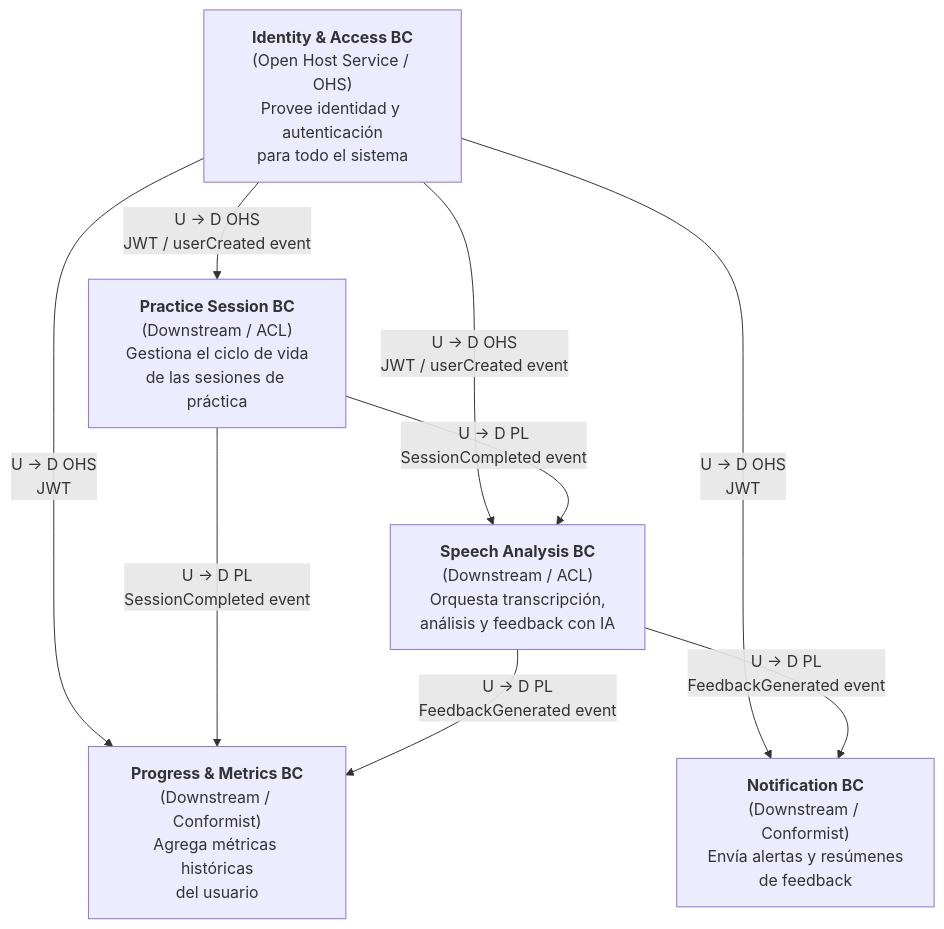
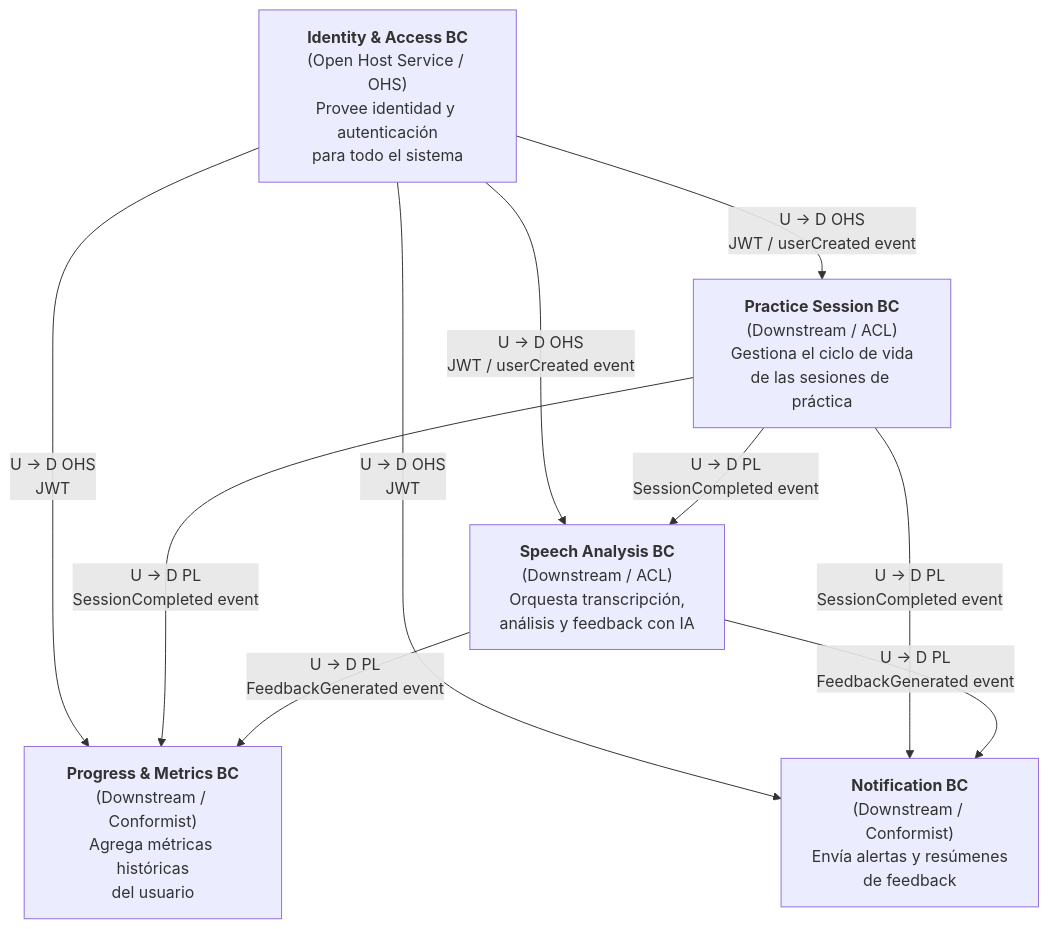
Before and after one commit to upc-pre-202601-si657-7940-thropic/talki-project-report: the diagram in assets/images/DiagramsUML/ContextMap-DDD.mmd, drawn with Mermaid. The commit also changed 4 other files, not shown here.

Commit message:
doc: Fixed Diagrams

```diff
--- a/assets/images/DiagramsUML/ContextMap-DDD.mmd
+++ b/assets/images/DiagramsUML/ContextMap-DDD.mmd
@@ -1,17 +1,18 @@
 graph TD
     IA["<b>Identity &amp; Access BC</b><br/>(Open Host Service / OHS)<br/>Provee identidad y autenticación<br/>para todo el sistema"]
     PS["<b>Practice Session BC</b><br/>(Downstream / ACL)<br/>Gestiona el ciclo de vida<br/>de las sesiones de práctica"]
     SA["<b>Speech Analysis BC</b><br/>(Downstream / ACL)<br/>Orquesta transcripción,<br/>análisis y feedback con IA"]
     PM["<b>Progress &amp; Metrics BC</b><br/>(Downstream / Conformist)<br/>Agrega métricas históricas<br/>del usuario"]
     NT["<b>Notification BC</b><br/>(Downstream / Conformist)<br/>Envía alertas y resúmenes<br/>de feedback"]
 
     IA -->|"U → D  OHS\nJWT / userCreated event"| PS
     IA -->|"U → D  OHS\nJWT / userCreated event"| SA
     IA -->|"U → D  OHS\nJWT"| PM
     IA -->|"U → D  OHS\nJWT"| NT
 
     PS -->|"U → D  PL\nSessionCompleted event"| SA
     PS -->|"U → D  PL\nSessionCompleted event"| PM
+    PS -->|"U → D  PL\nSessionCompleted event"| NT
 
     SA -->|"U → D  PL\nFeedbackGenerated event"| PM
     SA -->|"U → D  PL\nFeedbackGenerated event"| NT
```
